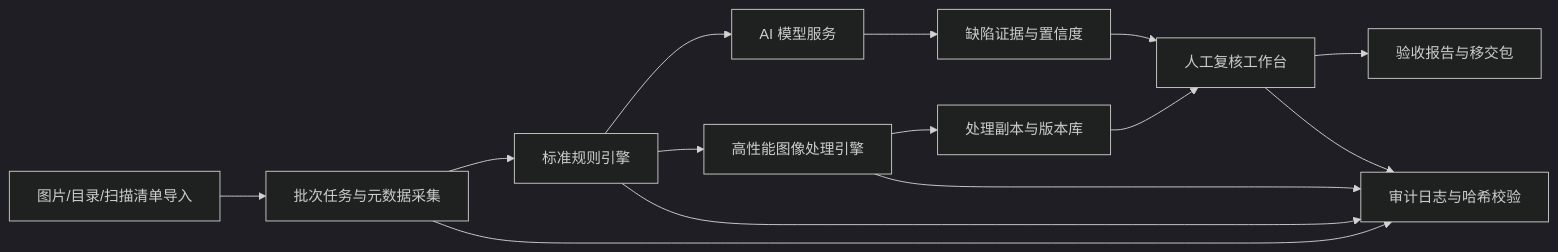
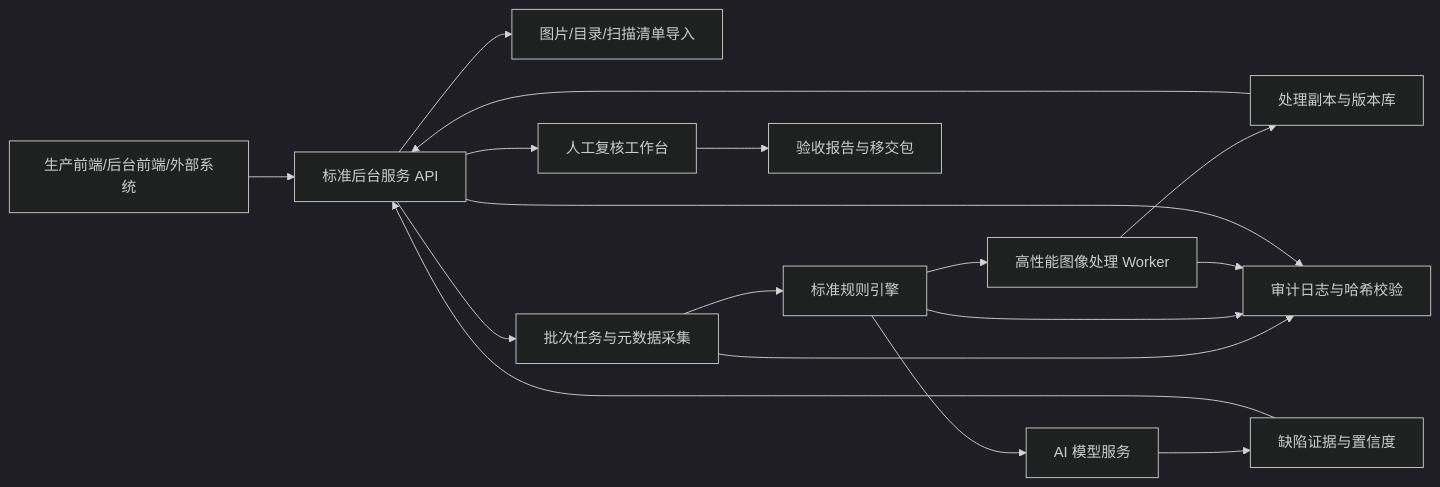
Before and after one commit to nnccli-xatm/ai4archive: the diagram in archive-scan-qc-retouch-design.md, drawn with Mermaid (dark theme). The commit also changed other lines of this file and 10 other files, not shown here.

````diff
--- a/archive-scan-qc-retouch-design.md
+++ b/archive-scan-qc-retouch-design.md
@@ -352,16 +459,19 @@
 ```mermaid
 flowchart LR
-  A["图片/目录/扫描清单导入"] --> B["批次任务与元数据采集"]
+  K["生产前端/后台前端/外部系统"] --> L["标准后台服务 API"]
+  L --> A["图片/目录/扫描清单导入"]
+  L --> B["批次任务与元数据采集"]
   B --> C["标准规则引擎"]
-  C --> D["高性能图像处理引擎"]
+  C --> D["高性能图像处理 Worker"]
   C --> E["AI 模型服务"]
   D --> F["处理副本与版本库"]
   E --> G["缺陷证据与置信度"]
-  F --> H["人工复核工作台"]
-  G --> H
+  F --> L
+  G --> L
+  L --> H["人工复核工作台"]
   H --> I["验收报告与移交包"]
   B --> J["审计日志与哈希校验"]
   C --> J
   D --> J
-  H --> J
+  L --> J
 ```
````
